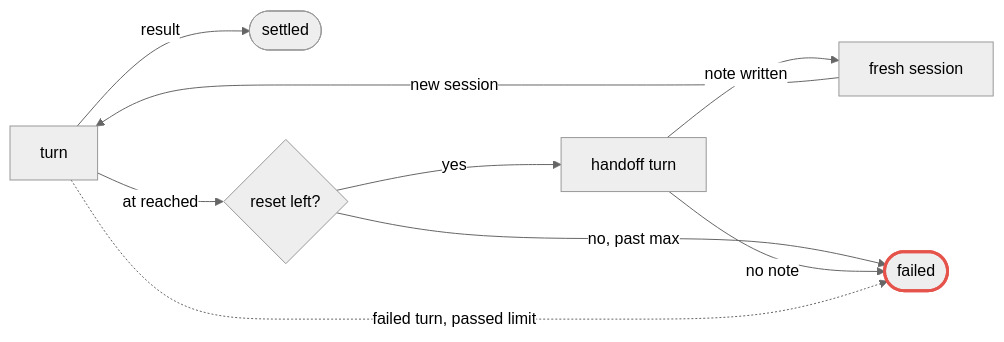
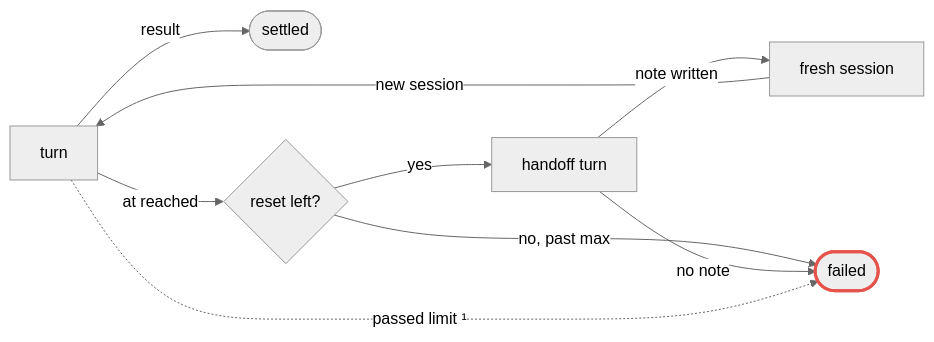
One commit to dvalnn/maestro changed the second of 3 diagrams in packages/host-repo/README.md. Above: the diagram before and after it, drawn with Mermaid (neutral theme). The commit also changed other lines of this file and 2 other files, not shown here.

Commit message:
fix(host-repo): settle an agent failed when it passes a limit, even if its reply arrives
Refs: #698

````diff
--- a/packages/host-repo/README.md
+++ b/packages/host-repo/README.md
@@ -240,13 +240,13 @@
 ```mermaid
 flowchart LR
     turn["turn"] -->|result| settled(["settled"])
     turn -->|at reached| left{"reset left?"}
     left -->|yes| note["handoff turn"]
     left -->|"no, past max"| failed(["failed"])
     note -->|note written| fresh["fresh session"]
     note -->|no note| failed
     fresh -->|new session| turn
-    turn -.->|"failed turn, passed limit"| failed
+    turn -.->|"passed limit ¹"| failed
     classDef fault stroke:#e5534b,stroke-width:3px
     class failed fault
 ```
````
